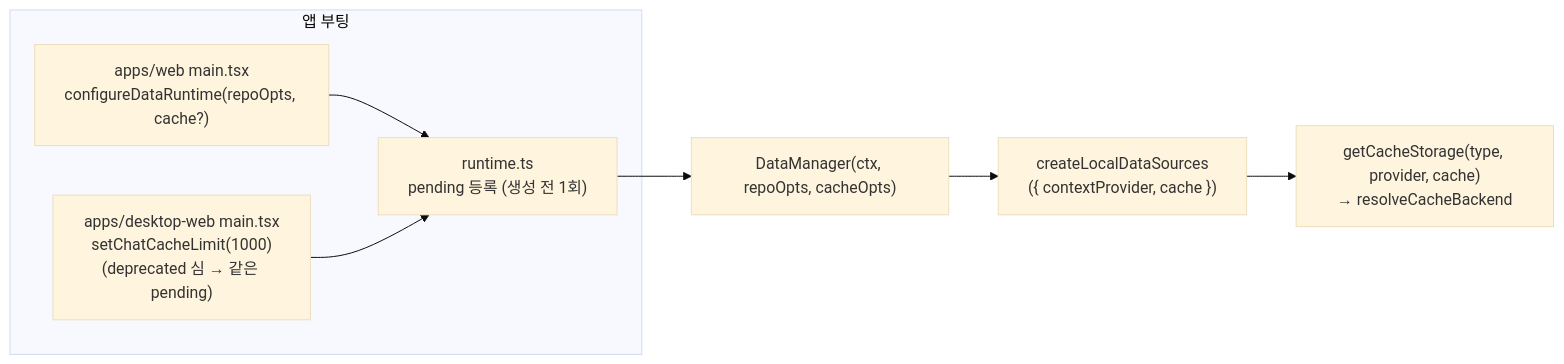
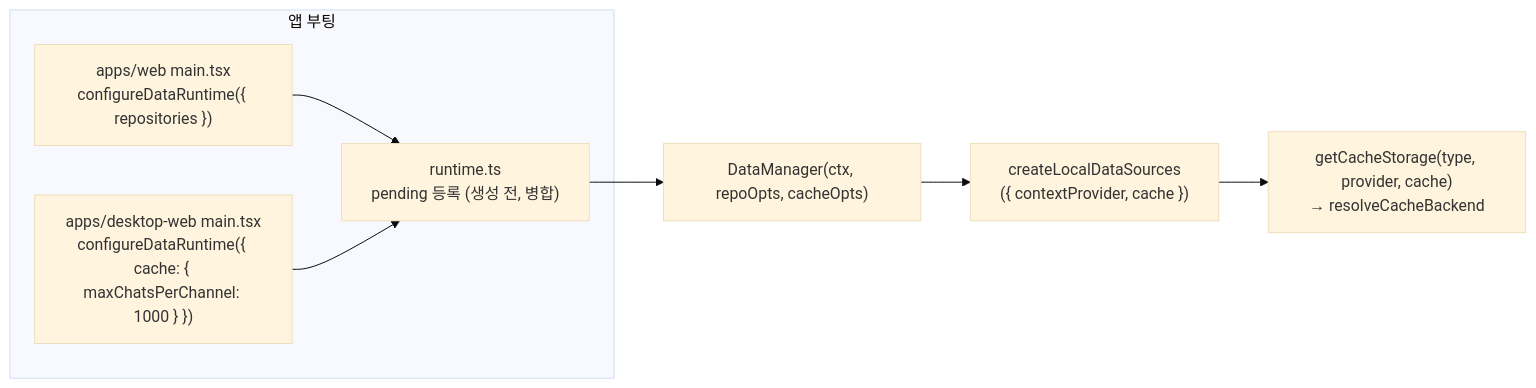
The second of 2 diagrams in libs/app-runtime/docs/data/cache-storage-routing.md (lemoncloud-io/dou-app), drawn with Mermaid (base theme) before and after one commit. The commit also changed other lines of this file and 8 other files, not shown here.

First line of the commit message:
refactor(app-runtime/data): drop the setChatCacheLimit shim for one configureDataRuntime call

````diff
--- a/libs/app-runtime/docs/data/cache-storage-routing.md
+++ b/libs/app-runtime/docs/data/cache-storage-routing.md
@@ -61,10 +61,10 @@
 ```mermaid
 flowchart LR
     subgraph 앱 부팅
-        A["apps/web main.tsx\nconfigureDataRuntime(repoOpts, cache?)"] --> P["runtime.ts\npending 등록 (생성 전 1회)"]
-        B["apps/desktop-web main.tsx\nsetChatCacheLimit(1000)\n(deprecated 심 → 같은 pending)"] --> P
+        A["apps/web main.tsx\nconfigureDataRuntime({ repositories })"] --> P["runtime.ts\npending 등록 (생성 전, 병합)"]
+        B["apps/desktop-web main.tsx\nconfigureDataRuntime({ cache: { maxChatsPerChannel: 1000 } })"] --> P
     end
     P --> DM["DataManager(ctx, repoOpts, cacheOpts)"]
     DM --> LF["createLocalDataSources\n({ contextProvider, cache })"]
     LF --> GS["getCacheStorage(type, provider, cache)\n→ resolveCacheBackend"]
 ```
````
